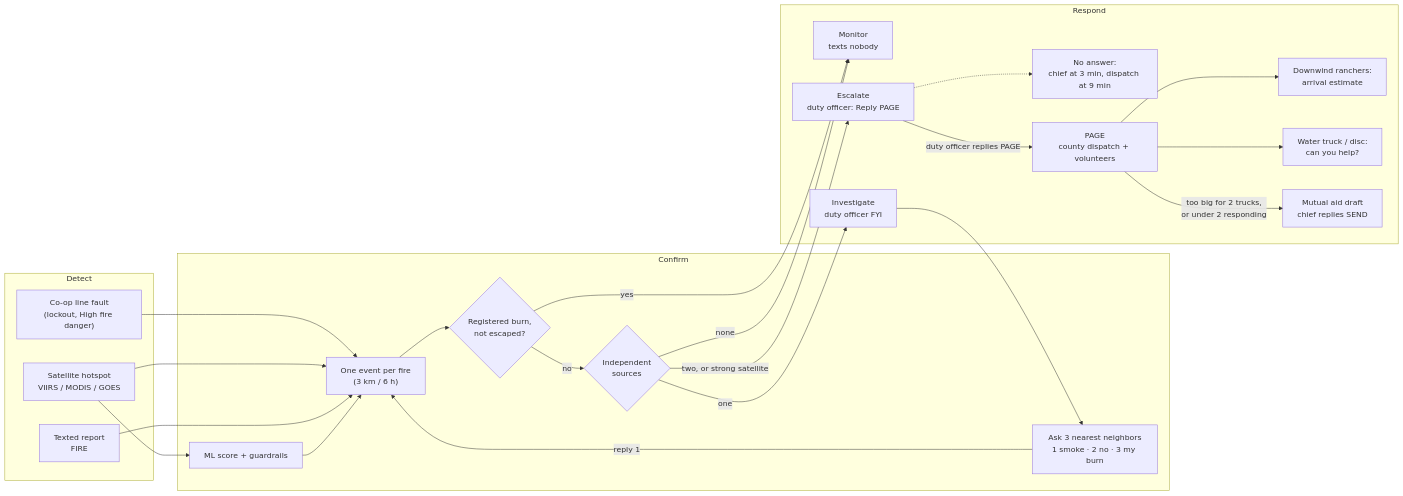
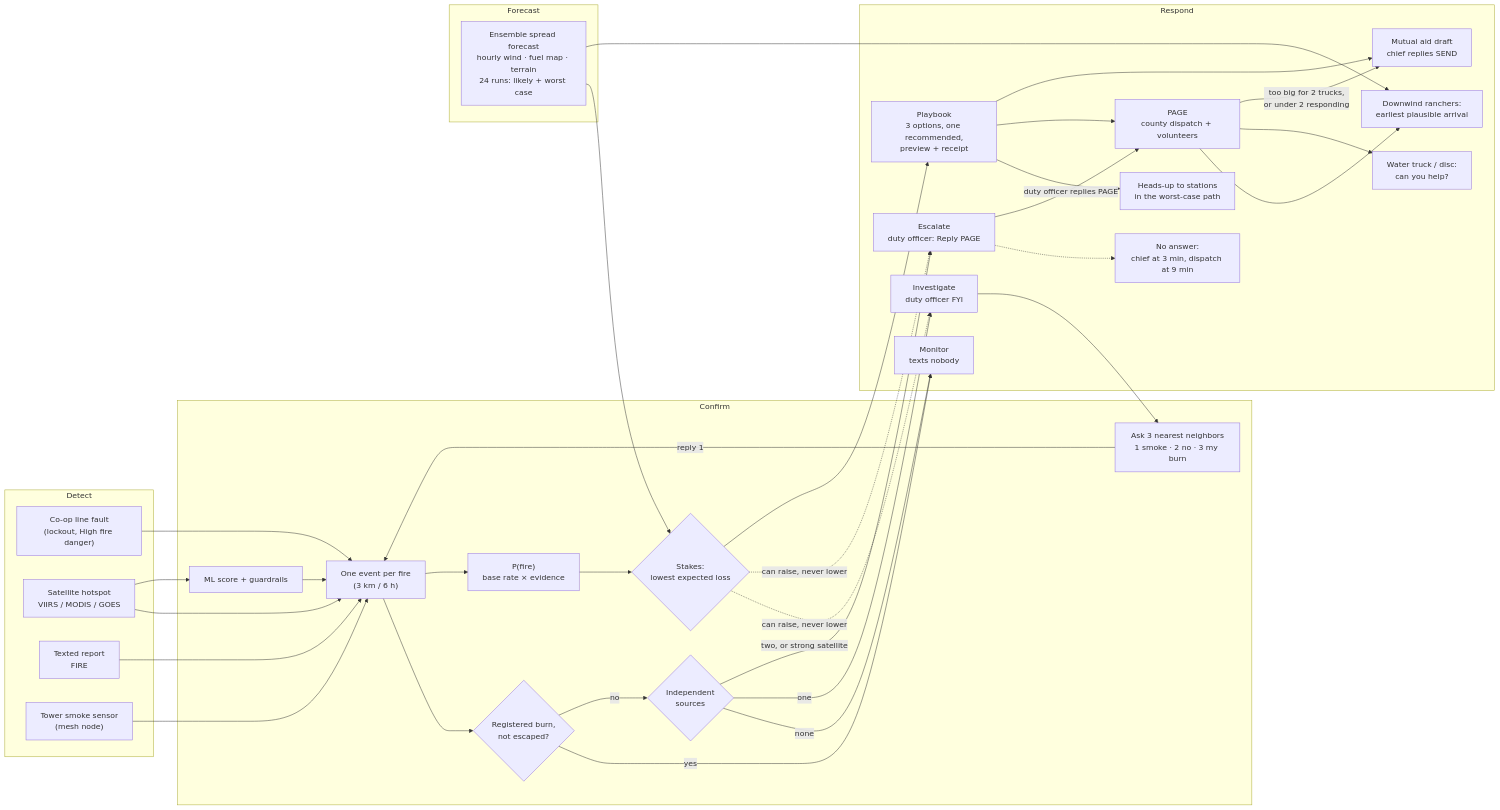
The diagram in README.md (isaksmith/Firewatch), drawn with Mermaid before and after one commit. The commit also changed other lines of this file and 7 other files, not shown here.

First line of the commit message:
Ensemble ETAs in downwind texts; stakes-based level promotion; diagram

````diff
--- a/README.md
+++ b/README.md
@@ -19,45 +19,64 @@
 ```mermaid
 flowchart LR
   subgraph Detect
     LF["Co-op line fault<br/>(lockout, High fire danger)"]
     SAT["Satellite hotspot<br/>VIIRS / MODIS / GOES"]
     TXT["Texted report<br/>FIRE"]
+    SEN["Tower smoke sensor<br/>(mesh node)"]
   end
 
   subgraph Confirm
     EV["One event per fire<br/>(3 km / 6 h)"]
     ML["ML score + guardrails"]
     BURN{"Registered burn,<br/>not escaped?"}
     LVL{"Independent<br/>sources"}
+    PF["P(fire)<br/>base rate × evidence"]
+    STK{"Stakes:<br/>lowest expected loss"}
     ASK["Ask 3 nearest neighbors<br/>1 smoke · 2 no · 3 my burn"]
+  end
+
+  subgraph Forecast
+    FC["Ensemble spread forecast<br/>hourly wind · fuel map · terrain<br/>24 runs: likely + worst case"]
   end
 
   subgraph Respond
     MON["Monitor<br/>texts nobody"]
     FYI["Investigate<br/>duty officer FYI"]
     ESC["Escalate<br/>duty officer: Reply PAGE"]
+    PB["Playbook<br/>3 options, one recommended,<br/>preview + receipt"]
+    HU["Heads-up to stations<br/>in the worst-case path"]
     LAD["No answer:<br/>chief at 3 min, dispatch at 9 min"]
     PAGE["PAGE<br/>county dispatch + volunteers"]
-    DW["Downwind ranchers:<br/>arrival estimate"]
+    DW["Downwind ranchers:<br/>earliest plausible arrival"]
     EQ["Water truck / disc:<br/>can you help?"]
     MA["Mutual aid draft<br/>chief replies SEND"]
   end
 
   LF --> EV
   SAT --> EV
   TXT --> EV
+  SEN --> EV
   SAT --> ML --> EV
   EV --> BURN
   BURN -- yes --> MON
   BURN -- no --> LVL
   LVL -- none --> MON
   LVL -- one --> FYI
   FYI --> ASK
   ASK -- "reply 1" --> EV
   LVL -- "two, or strong satellite" --> ESC
+  EV --> PF --> STK
+  FC --> STK
+  STK -. "can raise, never lower" .-> FYI
+  STK -. "can raise, never lower" .-> ESC
+  STK --> PB
+  PB --> HU
+  PB --> PAGE
+  PB --> MA
   ESC -.-> LAD
   ESC -- "duty officer replies PAGE" --> PAGE
+  FC --> DW
   PAGE --> DW
   PAGE --> EQ
   PAGE -- "too big for 2 trucks,<br/>or under 2 responding" --> MA
 ```
````
